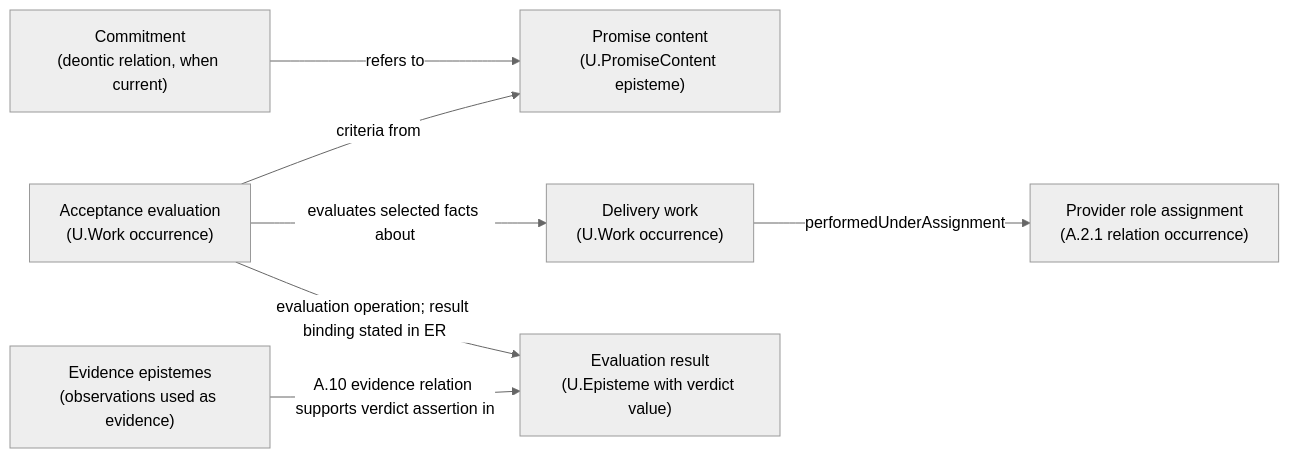
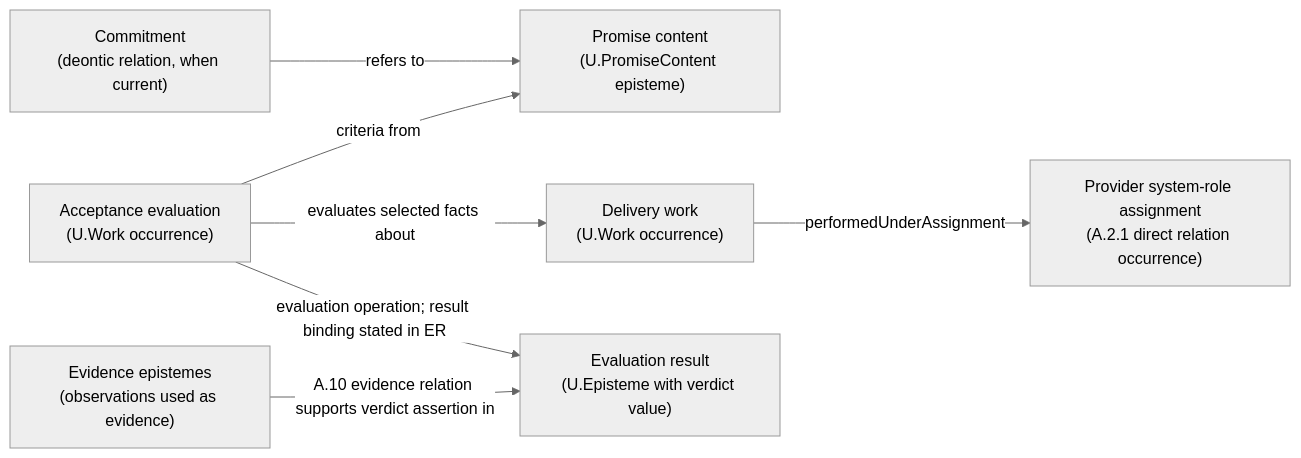
The diagram in fpf_chunks/by_pattern/A.2.3.md (ansea09/fpf-spec-mirror), drawn with Mermaid (neutral theme) before and after one commit. The commit also changed other lines of this file and 4863 other files, not shown here.

````diff
--- a/fpf_chunks/by_pattern/A.2.3.md
+++ b/fpf_chunks/by_pattern/A.2.3.md
@@ -287,18 +291,18 @@
 ```mermaid
 flowchart LR
   SC["Promise content<br/>(U.PromiseContent episteme)"]
   C["Commitment<br/>(deontic relation, when current)"]
-  RA["Provider role assignment<br/>(A.2.1 relation occurrence)"]
+  RA["Provider system-role assignment<br/>(A.2.1 direct relation occurrence)"]
   W["Delivery work<br/>(U.Work occurrence)"]
   EV["Evidence epistemes<br/>(observations used as evidence)"]
   EW["Acceptance evaluation<br/>(U.Work occurrence)"]
   ER["Evaluation result<br/>(U.Episteme with verdict value)"]
 
   C -->|"refers to"| SC
-  %% The accountable-subject position of the commitment is filled directly; no universal commitment-to-assignment relation is asserted.
+  %% The actual duty-bearer position of the commitment is filled directly; no universal commitment-to-assignment relation is asserted.
   W -->|"performedUnderAssignment"| RA
   EW -->|"evaluates selected facts about"| W
   EW -->|"criteria from"| SC
   EW -->|"evaluation operation; result binding stated in ER"| ER
   EV -->|"A.10 evidence relation supports verdict assertion in"| ER
 ```
````
